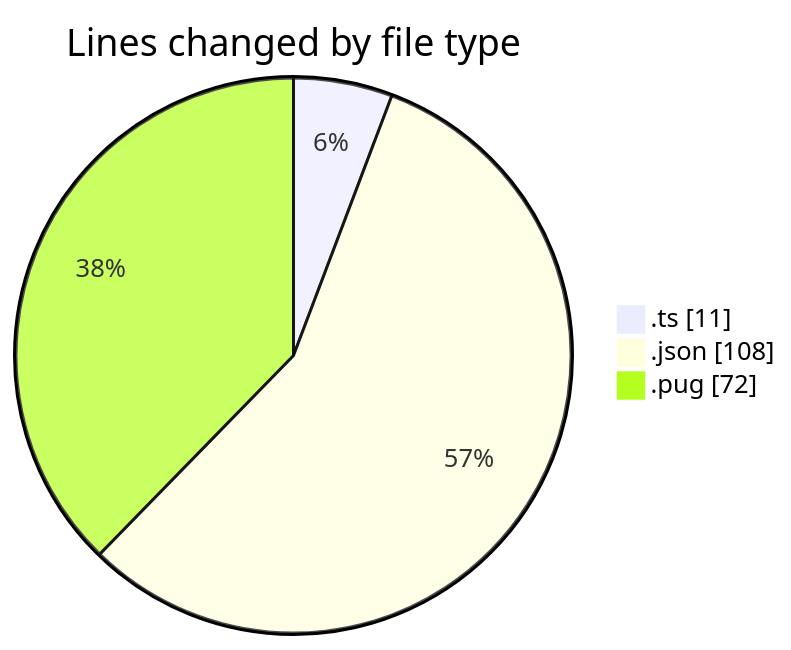
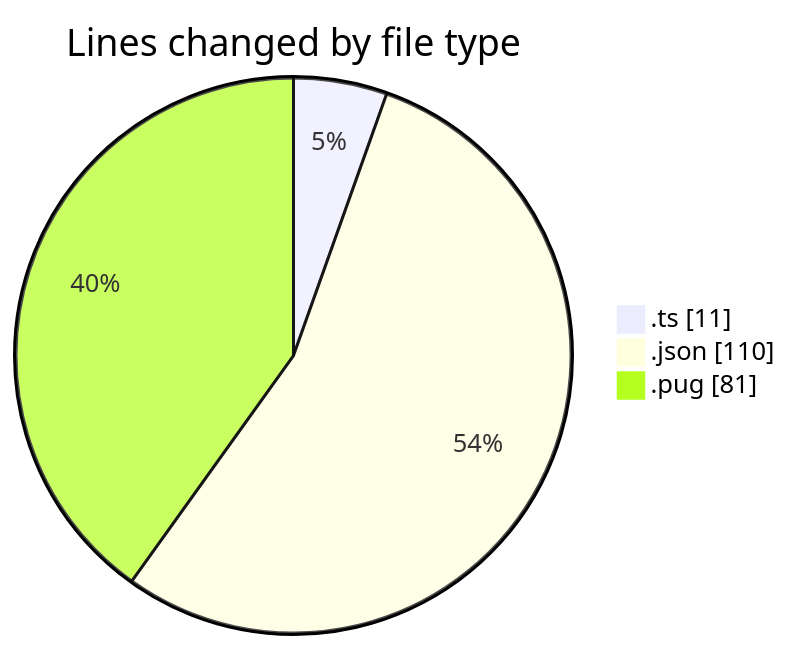
The first of 2 diagrams in 2025-02-24/cda/README.md (momahboobian/code-tracking), drawn with Mermaid before and after one commit. The commit also changed other lines of this file and 1 other file, not shown here.

````diff
--- a/2025-02-24/cda/README.md
+++ b/2025-02-24/cda/README.md
@@ -27,7 +27,7 @@
 ```mermaid
 pie showData
 title Lines changed by file type
 ".ts" : 11
-".json" : 108
-".pug" : 72
+".json" : 110
+".pug" : 81
 ```
````
